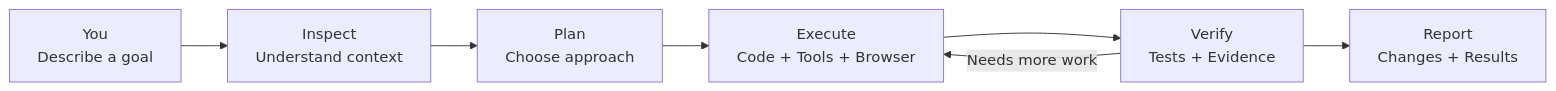
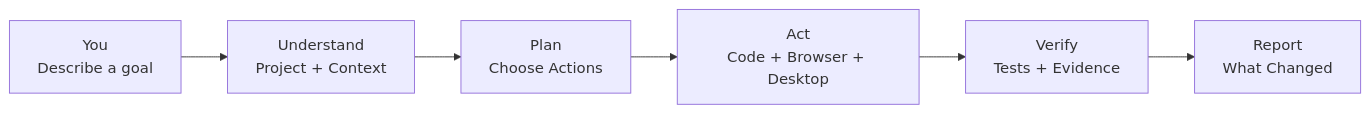
Before and after one commit to 2mzcmn9b4n-star/alphacode: the first of 4 diagrams in README.md, drawn with Mermaid. The commit also changed other lines of this file, not shown here.

````diff
--- a/README.md
+++ b/README.md
@@ -53,12 +89,8 @@
 ```mermaid
 flowchart LR
-    U["You<br/>Describe a goal"]
-    I["Inspect<br/>Understand context"]
-    P["Plan<br/>Choose approach"]
-    E["Execute<br/>Code + Tools + Browser"]
-    V["Verify<br/>Tests + Evidence"]
-    R["Report<br/>Changes + Results"]
-
-    U --> I --> P --> E --> V --> R
-    V -->|Needs more work| E
+    A["You<br/>Describe a goal"] --> B["Understand<br/>Project + Context"]
+    B --> C["Plan<br/>Choose Actions"]
+    C --> D["Act<br/>Code + Browser + Desktop"]
+    D --> E["Verify<br/>Tests + Evidence"]
+    E --> F["Report<br/>What Changed"]
 ```
````
